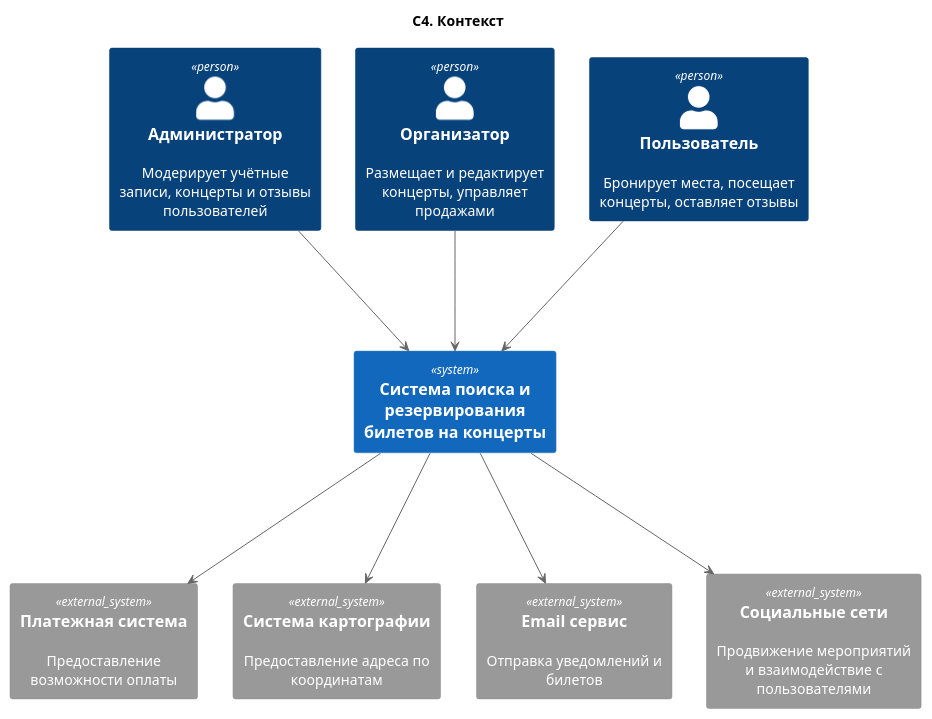
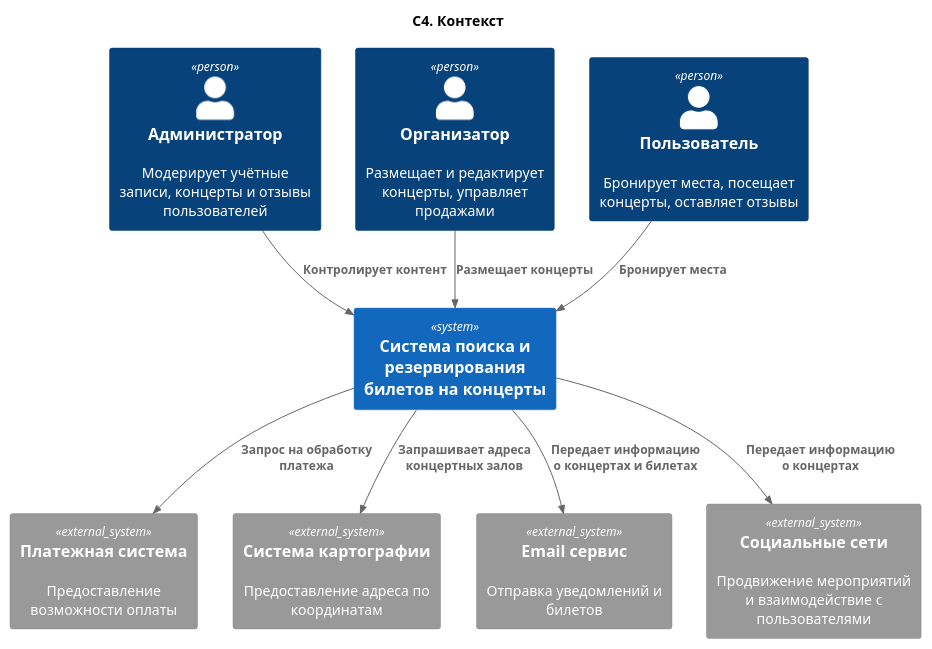
The diagram in 2. Технический проект/1_context.puml (amfunNylord/rtpo), drawn with PlantUML before and after one commit. The commit also changed 1 other file, not shown here.

```diff
--- a/2. Технический проект/1_context.puml
+++ b/2. Технический проект/1_context.puml
@@ -1,26 +1,25 @@
 @startuml C4. Контекст
 
 title C4. Контекст
 
 !include <C4/C4_Container>
 
 Person(admin, "Администратор", "Модерирует учётные записи, концерты и отзывы пользователей")
 Person(organizer, "Организатор", "Размещает и редактирует концерты, управляет продажами")
 Person(user, "Пользователь", "Бронирует места, посещает концерты, оставляет отзывы")
 
 System(concert_system, "Система поиска и резервирования билетов на концерты")
-admin ---> concert_system
-organizer ---> concert_system
-user ---> concert_system
+Rel(admin, concert_system, "Контролирует контент")
+Rel(organizer, concert_system, "Размещает концерты")
+Rel(user, concert_system, "Бронирует места")
 
 System_Ext(payment_system, "Платежная система", "Предоставление возможности оплаты")
 System_Ext(map_system, "Система картографии", "Предоставление адреса по координатам")
 System_Ext(email_system, "Email сервис", "Отправка уведомлений и билетов")
 System_Ext(socials_system, "Социальные сети", "Продвижение мероприятий и взаимодействие с пользователями")
 
-concert_system ---> payment_system
-concert_system ---> map_system
-concert_system ---> email_system
-concert_system ---> socials_system
-
+Rel(concert_system, payment_system, "Запрос на обработку платежа")
+Rel(concert_system, map_system, "Запрашивает адреса концертных залов")
+Rel(concert_system, email_system, "Передает информацию о концертах и билетах")
+Rel(concert_system, socials_system, "Передает информацию о концертах")
 @enduml
```
